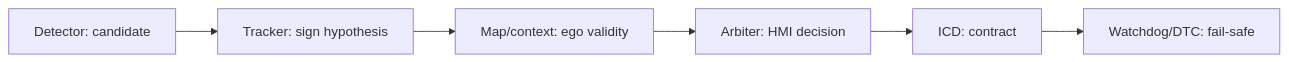
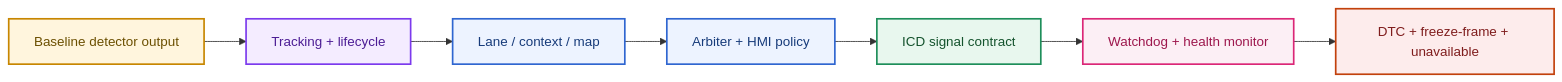
Before and after one commit to LeNguyenHaiDuong/adas-tsr: diagram 18 of 48 in research/1.research_tsr_three_part_unified.md, drawn with Mermaid. The commit also changed other lines of this file, not shown here.

Commit message:
Add legend

````diff
--- a/research/1.research_tsr_three_part_unified.md
+++ b/research/1.research_tsr_three_part_unified.md
@@ -1306,8 +1317,22 @@
 ```mermaid
 flowchart LR
-    A[Detector: candidate] --> B[Tracker: sign hypothesis]
-    B --> C[Map/context: ego validity]
-    C --> D[Arbiter: HMI decision]
-    D --> E[ICD: contract]
-    E --> F[Watchdog/DTC: fail-safe]
+    A[Baseline detector output] --> B[Tracking + lifecycle]
+    B --> C[Lane / context / map]
+    C --> D[Arbiter + HMI policy]
+    D --> E[ICD signal contract]
+    E --> F[Watchdog + health monitor]
+    F --> G[DTC + freeze-frame + unavailable]
+
+    classDef baseline fill:#FFF5DD,stroke:#C78600,color:#6B4F00,stroke-width:2px;
+    classDef temporal fill:#F4ECFF,stroke:#7C3AED,color:#4C1D95,stroke-width:2px;
+    classDef feature fill:#EDF3FF,stroke:#2F66D0,color:#173B7A,stroke-width:2px;
+    classDef integration fill:#E8F7EE,stroke:#1E8E5A,color:#14532D,stroke-width:2px;
+    classDef support fill:#FCEFF5,stroke:#DB2777,color:#9D174D,stroke-width:2px;
+    classDef risk fill:#FDECEC,stroke:#C2410C,color:#7F1D1D,stroke-width:2px;
+    class A baseline;
+    class B temporal;
+    class C,D feature;
+    class E integration;
+    class F support;
+    class G risk;
 ```
````
